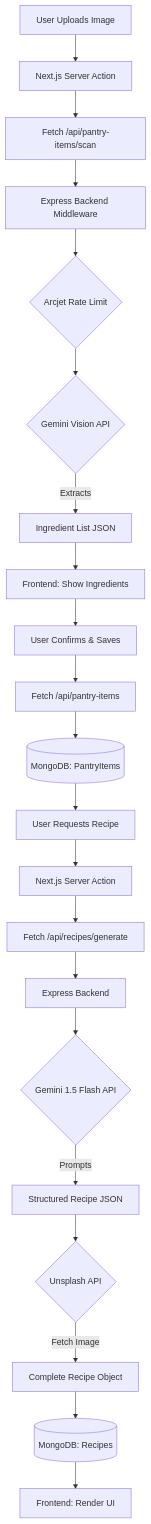
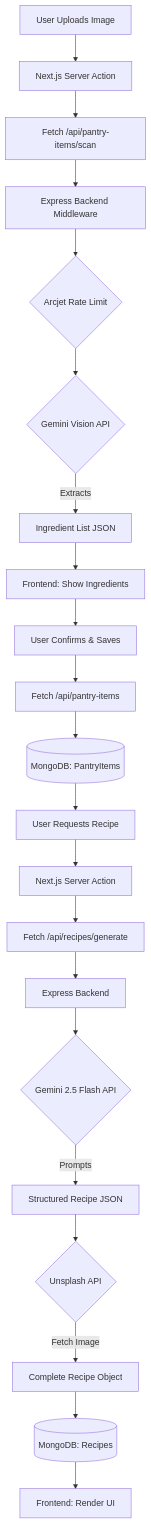
Before and after one commit to rushikesh254/original: the diagram in doc/PROJECT_STRUCTURE_AND_FLOW.md, drawn with Mermaid. The commit also changed other lines of this file and 71 other files, not shown here.

````diff
--- a/doc/PROJECT_STRUCTURE_AND_FLOW.md
+++ b/doc/PROJECT_STRUCTURE_AND_FLOW.md
@@ -83,24 +92,24 @@
 ```mermaid
 graph TD
     A[User Uploads Image] --> B[Next.js Server Action]
     B --> C[Fetch /api/pantry-items/scan]
     C --> D[Express Backend Middleware]
     D --> E{Arcjet Rate Limit}
     E --> F{Gemini Vision API}
     F -->|Extracts| G[Ingredient List JSON]
     G --> H[Frontend: Show Ingredients]
     H --> I[User Confirms & Saves]
     I --> J[Fetch /api/pantry-items]
     J --> K[(MongoDB: PantryItems)]
 
     K --> L[User Requests Recipe]
     L --> M[Next.js Server Action]
     M --> N[Fetch /api/recipes/generate]
     N --> O[Express Backend]
-    O --> P{Gemini 1.5 Flash API}
+    O --> P{Gemini 2.5 Flash API}
     P -->|Prompts| Q[Structured Recipe JSON]
     Q --> R{Unsplash API}
     R -->|Fetch Image| S[Complete Recipe Object]
     S --> T[(MongoDB: Recipes)]
     T --> U[Frontend: Render UI]
 ```
````
